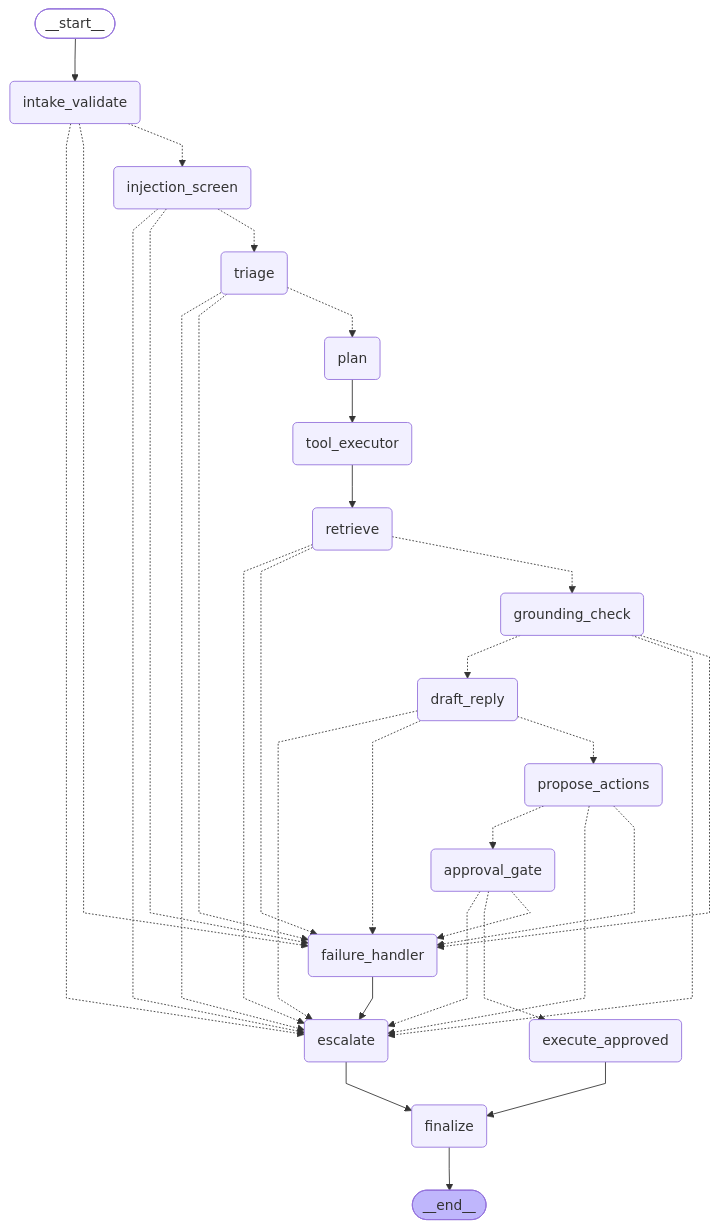
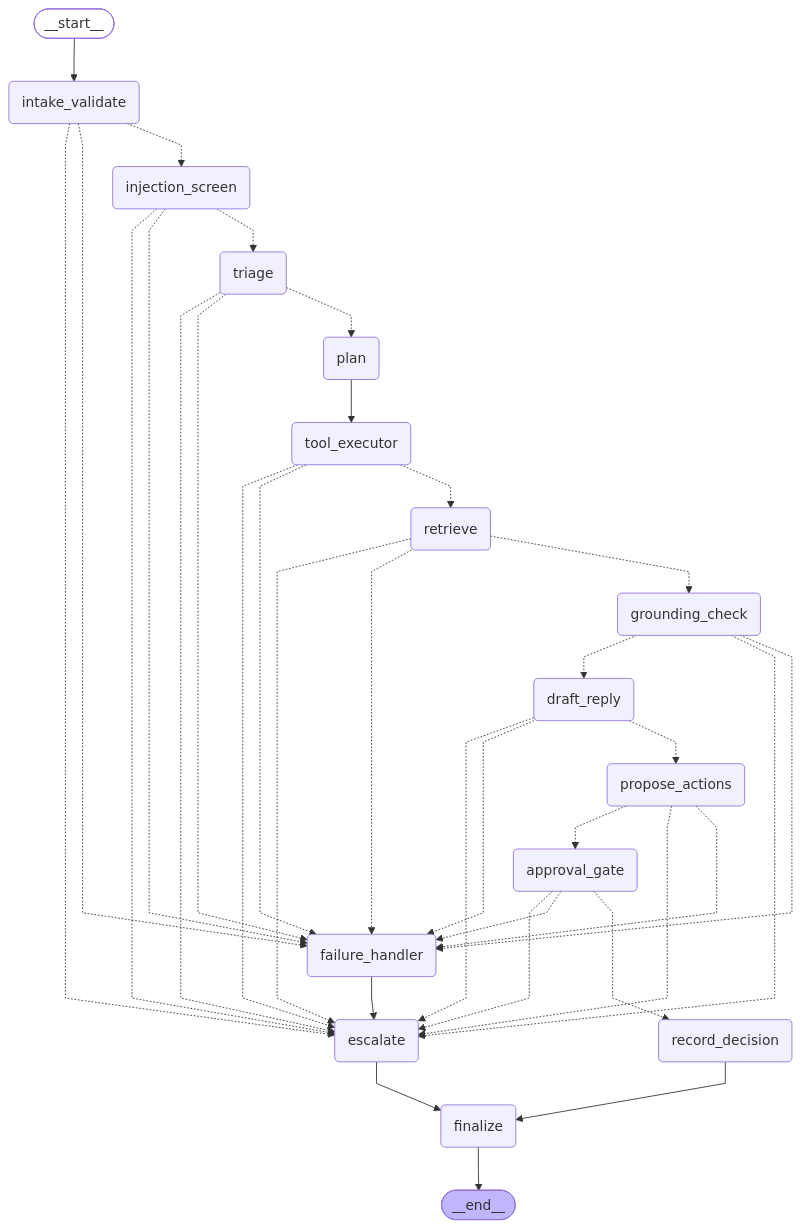
Before and after one commit to Mitul30M/saas-ticketing-agentic-sm-backend: the diagram in docs/architecture.md, drawn with Mermaid. The commit also changed 20 other files, not shown here.

````diff
--- a/docs/architecture.md
+++ b/docs/architecture.md
@@ -5,58 +5,60 @@
 ```mermaid
 ---
 config:
   flowchart:
     curve: linear
 ---
 graph TD;
 	__start__([<p>__start__</p>]):::first
 	intake_validate(intake_validate)
 	injection_screen(injection_screen)
 	triage(triage)
 	plan(plan)
 	tool_executor(tool_executor)
 	retrieve(retrieve)
 	grounding_check(grounding_check)
 	draft_reply(draft_reply)
 	propose_actions(propose_actions)
 	approval_gate(approval_gate)
-	execute_approved(execute_approved)
+	record_decision(record_decision)
 	escalate(escalate)
 	failure_handler(failure_handler)
 	finalize(finalize)
 	__end__([<p>__end__</p>]):::last
 	__start__ --> intake_validate;
 	approval_gate -.-> escalate;
-	approval_gate -.-> execute_approved;
 	approval_gate -.-> failure_handler;
+	approval_gate -.-> record_decision;
 	draft_reply -.-> escalate;
 	draft_reply -.-> failure_handler;
 	draft_reply -.-> propose_actions;
 	escalate --> finalize;
-	execute_approved --> finalize;
 	failure_handler --> escalate;
 	grounding_check -.-> draft_reply;
 	grounding_check -.-> escalate;
 	grounding_check -.-> failure_handler;
 	injection_screen -.-> escalate;
 	injection_screen -.-> failure_handler;
 	injection_screen -.-> triage;
 	intake_validate -.-> escalate;
 	intake_validate -.-> failure_handler;
 	intake_validate -.-> injection_screen;
 	plan --> tool_executor;
 	propose_actions -.-> approval_gate;
 	propose_actions -.-> escalate;
 	propose_actions -.-> failure_handler;
+	record_decision --> finalize;
 	retrieve -.-> escalate;
 	retrieve -.-> failure_handler;
 	retrieve -.-> grounding_check;
-	tool_executor --> retrieve;
+	tool_executor -.-> escalate;
+	tool_executor -.-> failure_handler;
+	tool_executor -.-> retrieve;
 	triage -.-> escalate;
 	triage -.-> failure_handler;
 	triage -.-> plan;
 	finalize --> __end__;
 	classDef default fill:#f2f0ff,line-height:1.2
 	classDef first fill-opacity:0
 	classDef last fill:#bfb6fc
 ```
````
